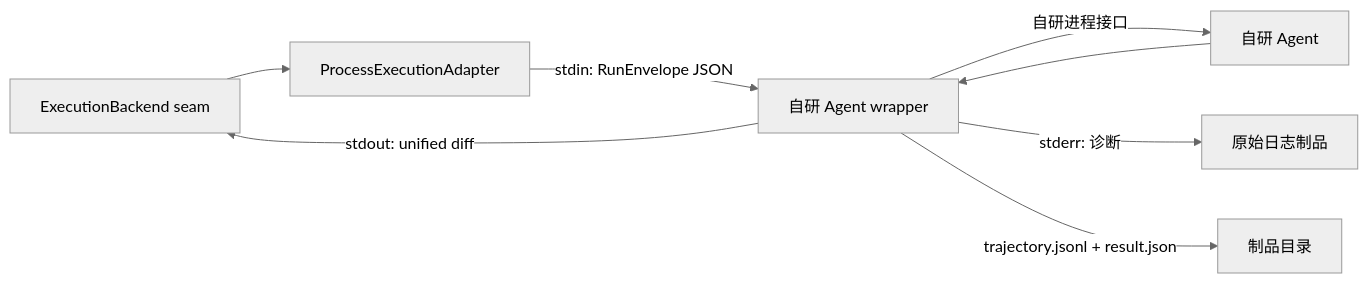
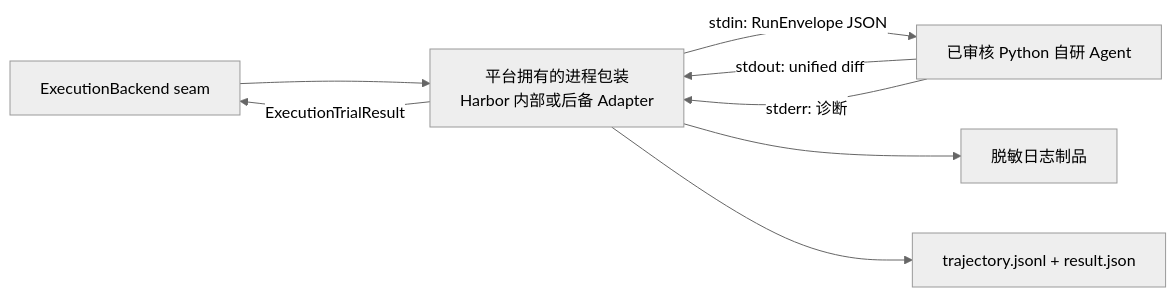
One commit to anphuchoang5-sys/agent-exam changed the first of 2 diagrams in docs/interfaces/RUNNER_PROTOCOL.md. Above: the diagram before and after it, drawn with Mermaid (neutral theme). The commit also changed other lines of this file and 16 other files, not shown here.

Commit message:
docs: finalize evaluation MVP architecture

````diff
--- a/docs/interfaces/RUNNER_PROTOCOL.md
+++ b/docs/interfaces/RUNNER_PROTOCOL.md
@@ -14,10 +14,10 @@
 ```mermaid
 flowchart LR
-    O[ExecutionBackend seam] --> P[ProcessExecutionAdapter]
-    P -->|stdin: RunEnvelope JSON| A[自研 Agent wrapper]
-    A -->|自研进程接口| G[自研 Agent]
-    G --> A
-    A -->|stdout: unified diff| O
-    A -->|stderr: 诊断| LOG[原始日志制品]
-    A -->|trajectory.jsonl + result.json| ART[制品目录]
+    O[ExecutionBackend seam] --> P[平台拥有的进程包装\nHarbor 内部或后备 Adapter]
+    P -->|stdin: RunEnvelope JSON| A[已审核 Python 自研 Agent]
+    A -->|stdout: unified diff| P
+    A -->|stderr: 诊断| P
+    P -->|ExecutionTrialResult| O
+    P --> LOG[脱敏日志制品]
+    P --> ART[trajectory.jsonl + result.json]
 ```
````
